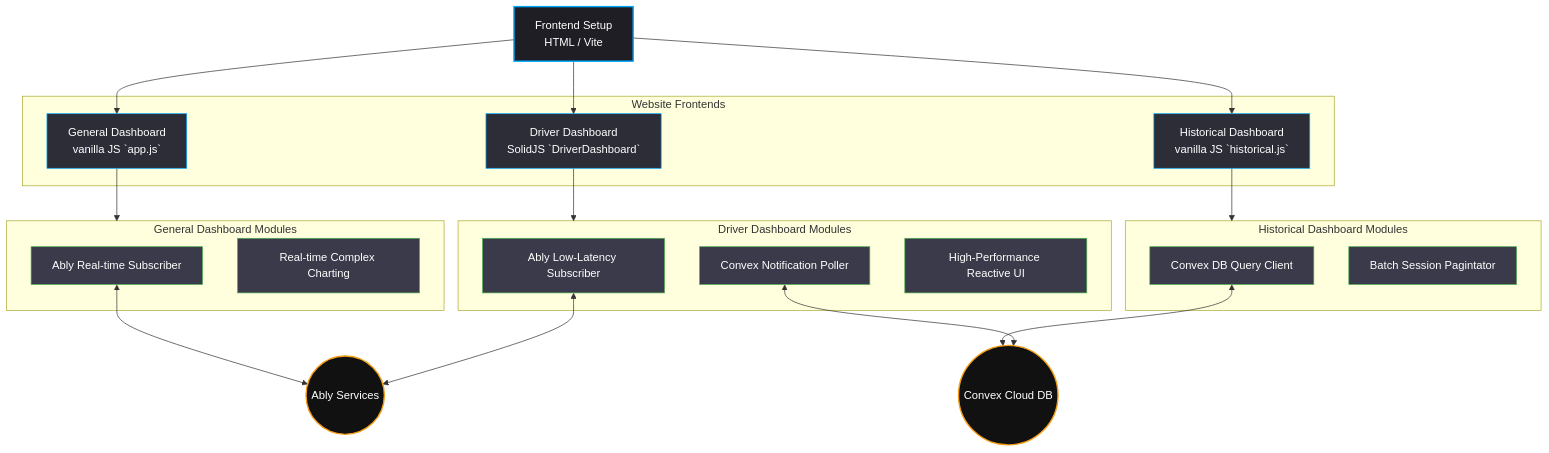
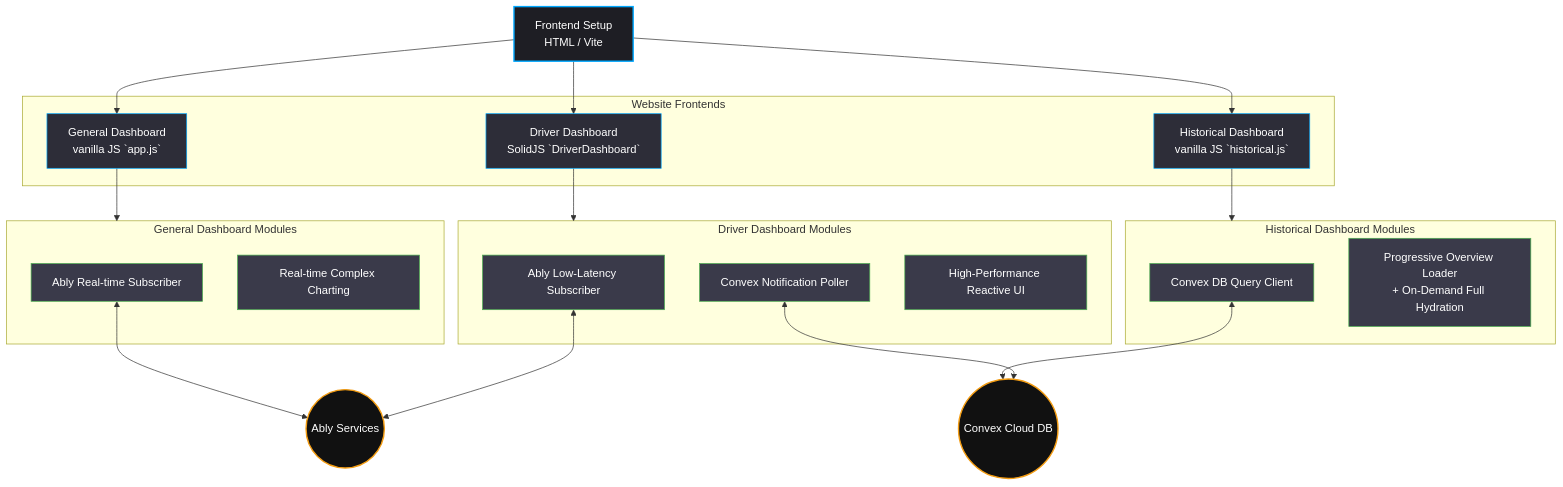
Before and after one commit to ChosF/TelemetryDashboard: the second of 3 diagrams in ARCHITECTURE.md, drawn with Mermaid. The commit also changed other lines of this file and 13 other files, not shown here.

````diff
--- a/ARCHITECTURE.md
+++ b/ARCHITECTURE.md
@@ -58,46 +63,46 @@
 ```mermaid
 graph TD
     classDef core fill:#1e1e24,stroke:#00a8ff,stroke-width:2px,color:#fff;
     classDef instance fill:#2d2d38,stroke:#00a8ff,color:#fff;
     classDef module fill:#3a3a4a,stroke:#4caf50,color:#fff;
     classDef external fill:#111,stroke:#f39c12,stroke-width:2px,color:#fff;
 
     WebFramework[Frontend Setup<br>HTML / Vite]:::core
     
     subgraph Instances[Website Frontends]
         GenDB[General Dashboard <br> vanilla JS `app.js`]:::instance
         HistDB[Historical Dashboard <br> vanilla JS `historical.js`]:::instance
         DrvDB[Driver Dashboard <br> SolidJS `DriverDashboard`]:::instance
     end
 
     WebFramework --> GenDB
     WebFramework --> HistDB
     WebFramework --> DrvDB
     
     subgraph GenDB_Modules[General Dashboard Modules]
         AblyConn1[Ably Real-time Subscriber]:::module
         GenUI[Real-time Complex Charting]:::module
     end
     GenDB --> GenDB_Modules
 
     subgraph HistDB_Modules[Historical Dashboard Modules]
         ConvexClient[Convex DB Query Client]:::module
-        BatchLoader[Batch Session Pagintator]:::module
+        BatchLoader[Progressive Overview Loader<br/>+ On-Demand Full Hydration]:::module
     end
     HistDB --> HistDB_Modules
 
     subgraph DrvDB_Modules[Driver Dashboard Modules]
         AblyConn2[Ably Low-Latency Subscriber]:::module
         NotifPoller[Convex Notification Poller]:::module
         SolidUI[High-Performance Reactive UI]:::module
     end
     DrvDB --> DrvDB_Modules
 
     ABLY((Ably Services)):::external
     CONVEX((Convex Cloud DB)):::external
     
     AblyConn1 <--> ABLY
     AblyConn2 <--> ABLY
     ConvexClient <--> CONVEX
     NotifPoller <--> CONVEX
 ```
````
